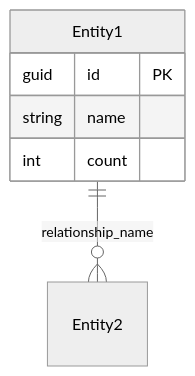
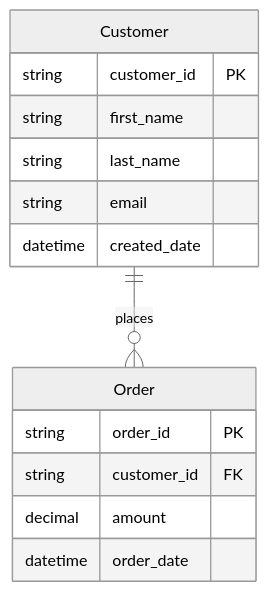
One commit to LuiseFreese/mermaid changed the third of 8 diagrams in docs/DEVELOPER.md. Above: the diagram before and after it, drawn with Mermaid (neutral theme). The commit also changed other lines of this file and 37 other files, not shown here.

````diff
--- a/docs/DEVELOPER.md
+++ b/docs/DEVELOPER.md
@@ -192,9 +199,19 @@
 ```mermaid
 erDiagram
-    Entity1 {
-        guid id PK
-        string name
-        int count
+    Customer {
+        string customer_id PK
+        string first_name
+        string last_name
+        string email
+        datetime created_date
     }
-    Entity1 ||--o{ Entity2 : relationship_name
+    
+    Order {
+        string order_id PK
+        string customer_id FK
+        decimal amount
+        datetime order_date
+    }
+    
+    Customer ||--o{ Order : "places"
 ```
````
